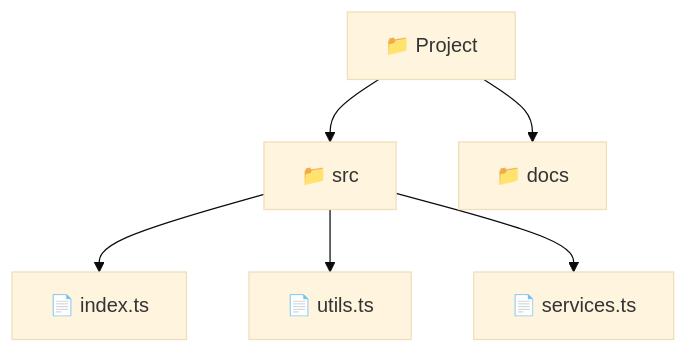
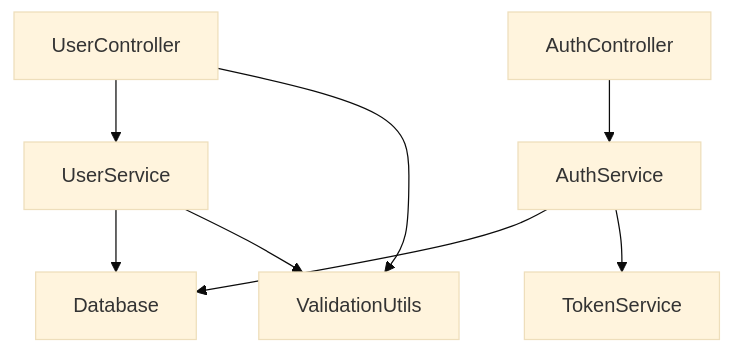
The first of 4 diagrams in README.md (jatin2507/docdelta), drawn with Mermaid (base theme) before and after one commit. The commit also changed other lines of this file and 6 other files, not shown here.

````diff
--- a/README.md
+++ b/README.md
@@ -230,8 +199,10 @@
 ```mermaid
 graph TD
-    A[📁 Project] --> B[📁 src]
-    A --> C[📁 docs]
-    B --> D[📄 index.ts]
-    B --> E[📄 utils.ts]
-    B --> F[📄 services.ts]
+    A[UserController] --> B[UserService]
+    B --> C[Database]
+    A --> D[ValidationUtils]
+    B --> D
+    E[AuthController] --> F[AuthService]
+    F --> C
+    F --> G[TokenService]
 ```
````
